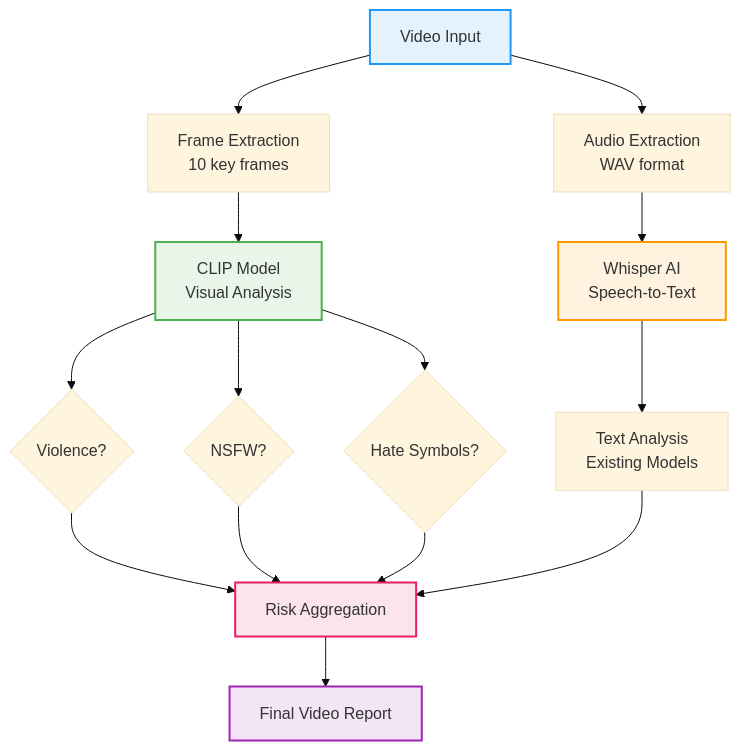
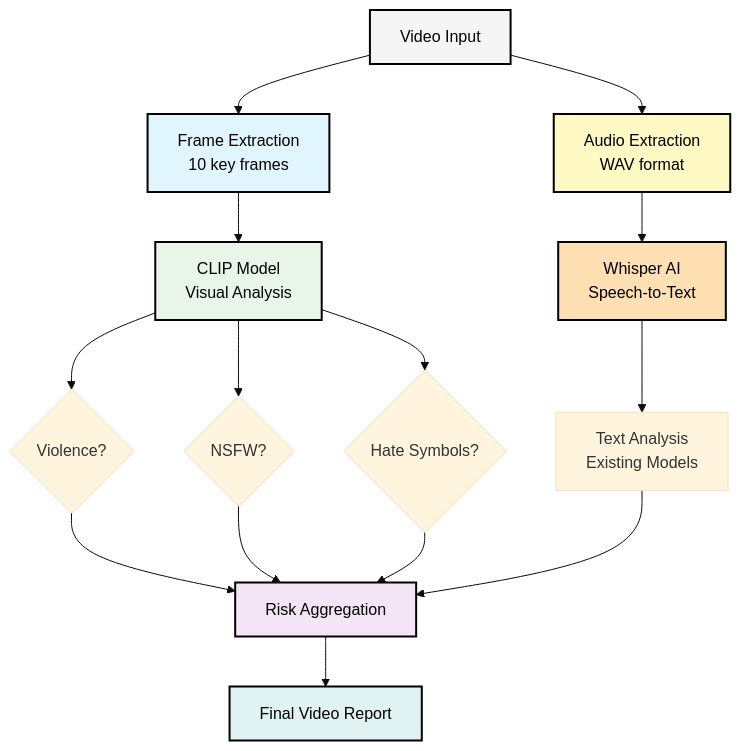
Before and after one commit to AbhishekGiri04/SATYA-DRISHTI: the second of 7 diagrams in docs/round2/ROUND2_IMPROVEMENTS.md, drawn with Mermaid (base theme). The commit also changed other lines of this file and 1 other file, not shown here.

````diff
--- a/docs/round2/ROUND2_IMPROVEMENTS.md
+++ b/docs/round2/ROUND2_IMPROVEMENTS.md
@@ -180,26 +183,28 @@
 ```mermaid
 graph TD
     A[Video Input] --> B[Frame Extraction<br/>10 key frames]
     A --> C[Audio Extraction<br/>WAV format]
     
     B --> D[CLIP Model<br/>Visual Analysis]
     D --> E{Violence?}
     D --> F{NSFW?}
     D --> G{Hate Symbols?}
     
     C --> H[Whisper AI<br/>Speech-to-Text]
     H --> I[Text Analysis<br/>Existing Models]
     
     E --> J[Risk Aggregation]
     F --> J
     G --> J
     I --> J
     
     J --> K[Final Video Report]
     
-    style A fill:#E3F2FD,stroke:#2196F3,stroke-width:2px
-    style D fill:#E8F5E9,stroke:#4CAF50,stroke-width:2px
-    style H fill:#FFF3E0,stroke:#FF9800,stroke-width:2px
-    style J fill:#FCE4EC,stroke:#E91E63,stroke-width:2px
-    style K fill:#F3E5F5,stroke:#9C27B0,stroke-width:2px
+    style A fill:#F5F5F5,stroke:#000,stroke-width:2px,color:#000
+    style B fill:#E1F5FE,stroke:#000,stroke-width:2px,color:#000
+    style C fill:#FFF9C4,stroke:#000,stroke-width:2px,color:#000
+    style D fill:#E8F5E9,stroke:#000,stroke-width:2px,color:#000
+    style H fill:#FFE0B2,stroke:#000,stroke-width:2px,color:#000
+    style J fill:#F3E5F5,stroke:#000,stroke-width:2px,color:#000
+    style K fill:#E0F2F1,stroke:#000,stroke-width:2px,color:#000
 ```
````
